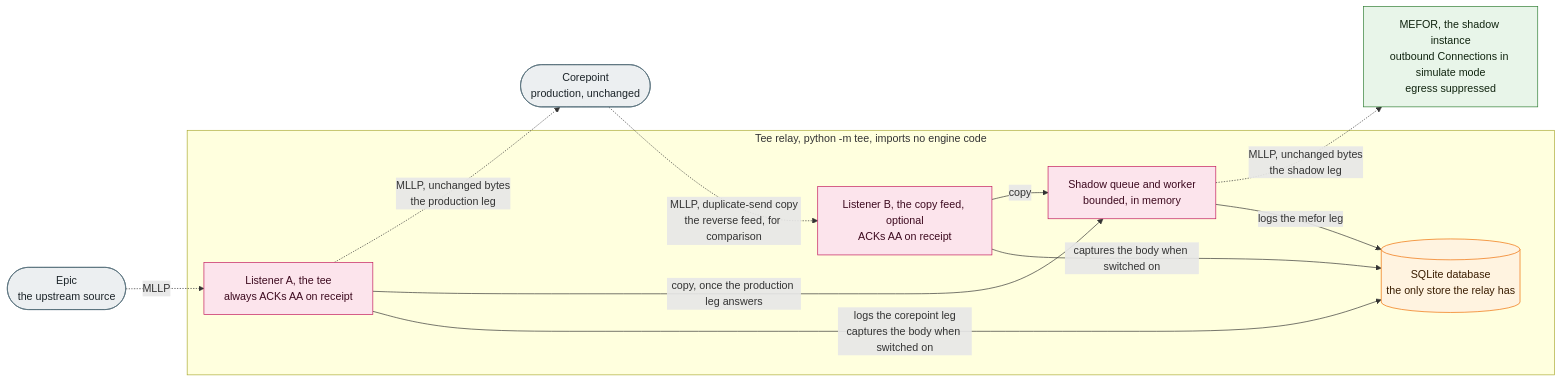
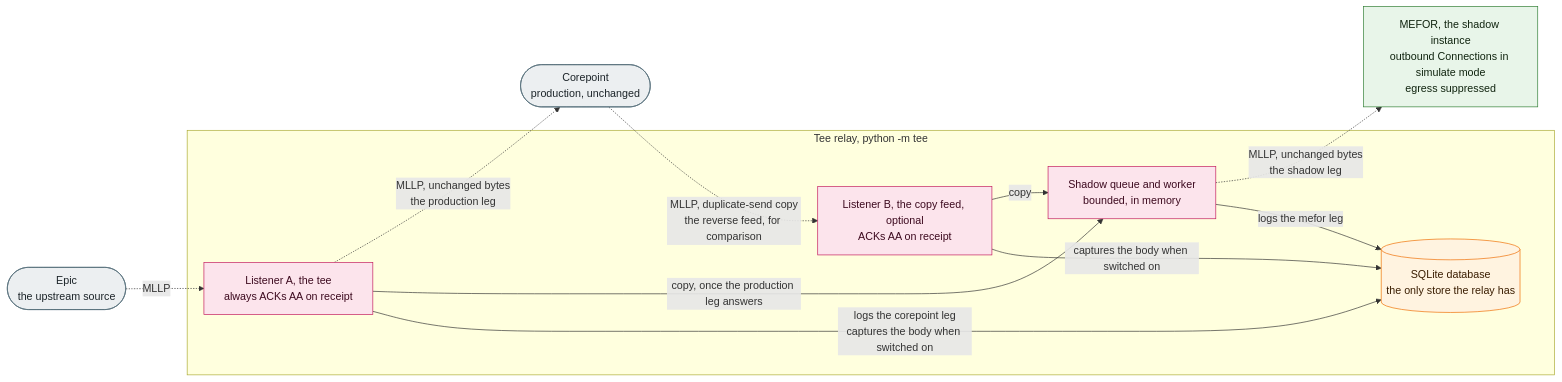
The diagram in docs/TEE-RELAY.md (MEFORORG/MessageFoundry), drawn with Mermaid before and after one commit. The commit also changed other lines of this file, not shown here.

First line of the commit message:
docs(tee): say the shadow instance suppresses its own egress

````diff
--- a/docs/TEE-RELAY.md
+++ b/docs/TEE-RELAY.md
@@ -31,28 +33,28 @@
 ```mermaid
 flowchart LR
   classDef core fill:#e8f5e9,stroke:#2e7d32,color:#10240f;
   classDef store fill:#fff3e0,stroke:#ef6c00,color:#3a1d00;
   classDef ext fill:#eceff1,stroke:#546e7a,color:#1c2429;
   classDef standalone fill:#fce4ec,stroke:#c2185b,color:#3d0a1f;
 
   EPIC(["Epic<br/>the upstream source"]):::ext
   COREPOINT(["Corepoint<br/>production, unchanged"]):::ext
   MEFOR["MEFOR, the shadow instance<br/>outbound Connections in simulate mode<br/>egress suppressed"]:::core
 
-  subgraph TEE["Tee relay, python -m tee, imports no engine code"]
+  subgraph TEE["Tee relay, python -m tee"]
     TEE_A["Listener A, the tee<br/>always ACKs AA on receipt"]:::standalone
     TEE_B["Listener B, the copy feed, optional<br/>ACKs AA on receipt"]:::standalone
     TEE_QUEUE["Shadow queue and worker<br/>bounded, in memory"]:::standalone
     TEE_DB[("SQLite database<br/>the only store the relay has")]:::store
   end
 
   EPIC -.->|"MLLP"| TEE_A
   TEE_A -.->|"MLLP, unchanged bytes<br/>the production leg"| COREPOINT
   TEE_A -->|"copy, once the production leg answers"| TEE_QUEUE
   COREPOINT -.->|"MLLP, duplicate-send copy<br/>the reverse feed, for comparison"| TEE_B
   TEE_B -->|"copy"| TEE_QUEUE
   TEE_QUEUE -.->|"MLLP, unchanged bytes<br/>the shadow leg"| MEFOR
   TEE_A -->|"logs the corepoint leg<br/>captures the body when switched on"| TEE_DB
   TEE_B -->|"captures the body when switched on"| TEE_DB
   TEE_QUEUE -->|"logs the mefor leg"| TEE_DB
 ```
````
